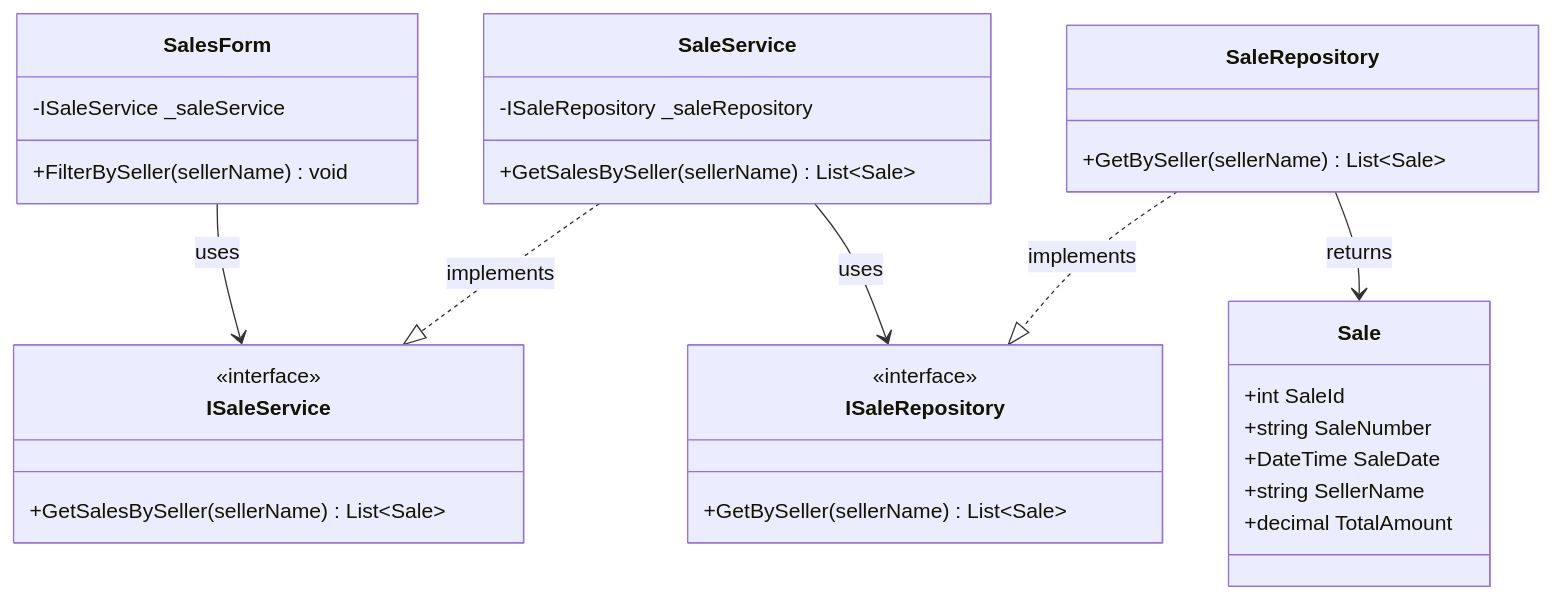
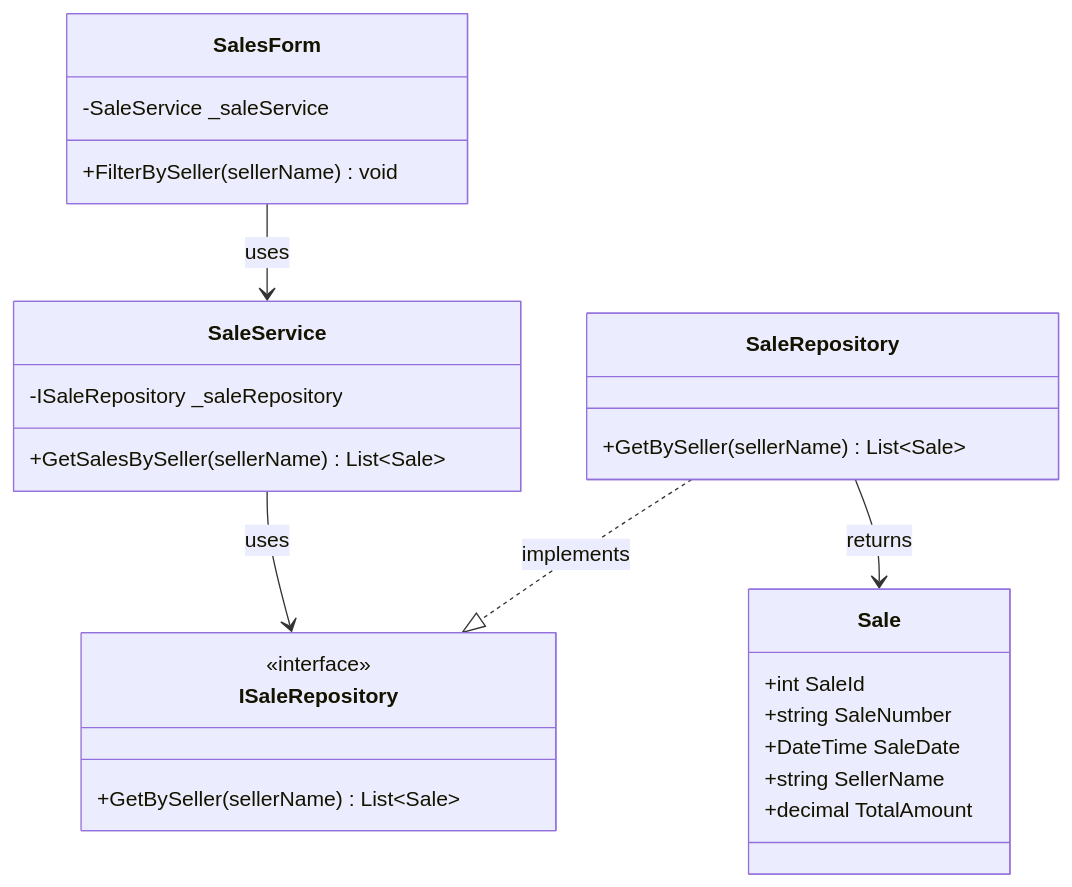
Before and after one commit to nahuk86/tp_diploma_nk_2026: diagram 19 of 24 in Documentation/UML_Diagrams/15_Sales_UseCases.md, drawn with Mermaid. The commit also changed other lines of this file and 5 other files, not shown here.

First line of the commit message:
Fix UML documentation: remove non-existent BLL service interfaces

````diff
--- a/Documentation/UML_Diagrams/15_Sales_UseCases.md
+++ b/Documentation/UML_Diagrams/15_Sales_UseCases.md
@@ -757,40 +701,35 @@
 ```mermaid
 classDiagram
     class SalesForm {
-        -ISaleService _saleService
+        -SaleService _saleService
         +FilterBySeller(sellerName) void
     }
 
-    class ISaleService {
-        <<interface>>
-        +GetSalesBySeller(sellerName) List~Sale~
-    }
 
     class SaleService {
         -ISaleRepository _saleRepository
         +GetSalesBySeller(sellerName) List~Sale~
     }
 
     class ISaleRepository {
         <<interface>>
         +GetBySeller(sellerName) List~Sale~
     }
 
     class SaleRepository {
         +GetBySeller(sellerName) List~Sale~
     }
 
     class Sale {
         +int SaleId
         +string SaleNumber
         +DateTime SaleDate
         +string SellerName
         +decimal TotalAmount
     }
 
-    SalesForm --> ISaleService : uses
-    SaleService ..|> ISaleService : implements
+    SalesForm --> SaleService : uses
     SaleService --> ISaleRepository : uses
     SaleRepository ..|> ISaleRepository : implements
     SaleRepository --> Sale : returns
 ```
````
